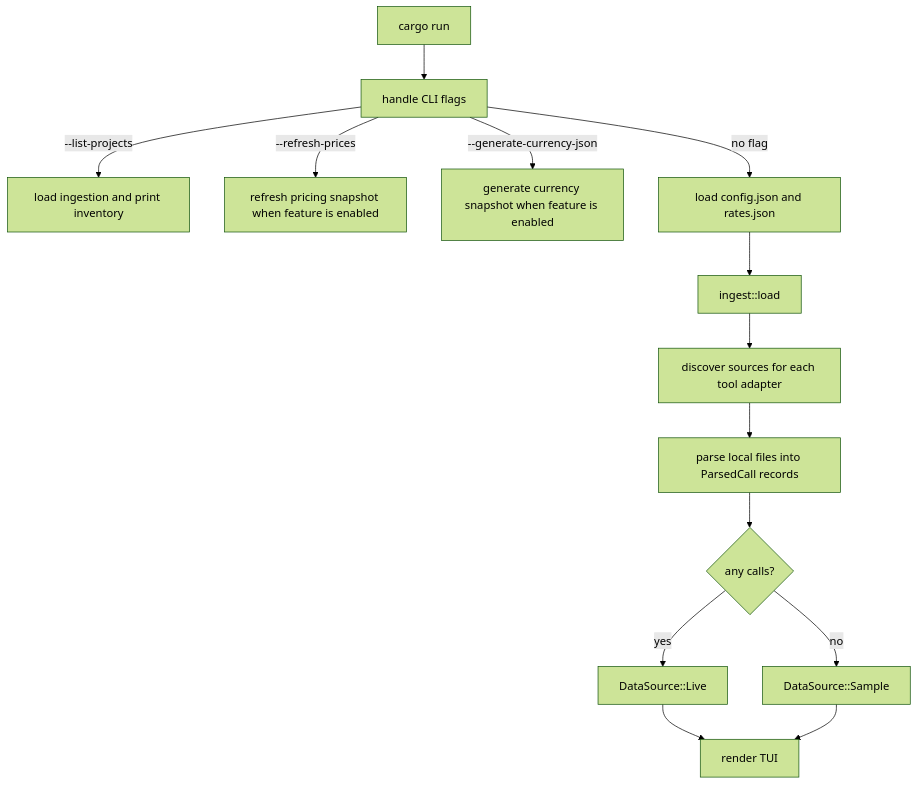
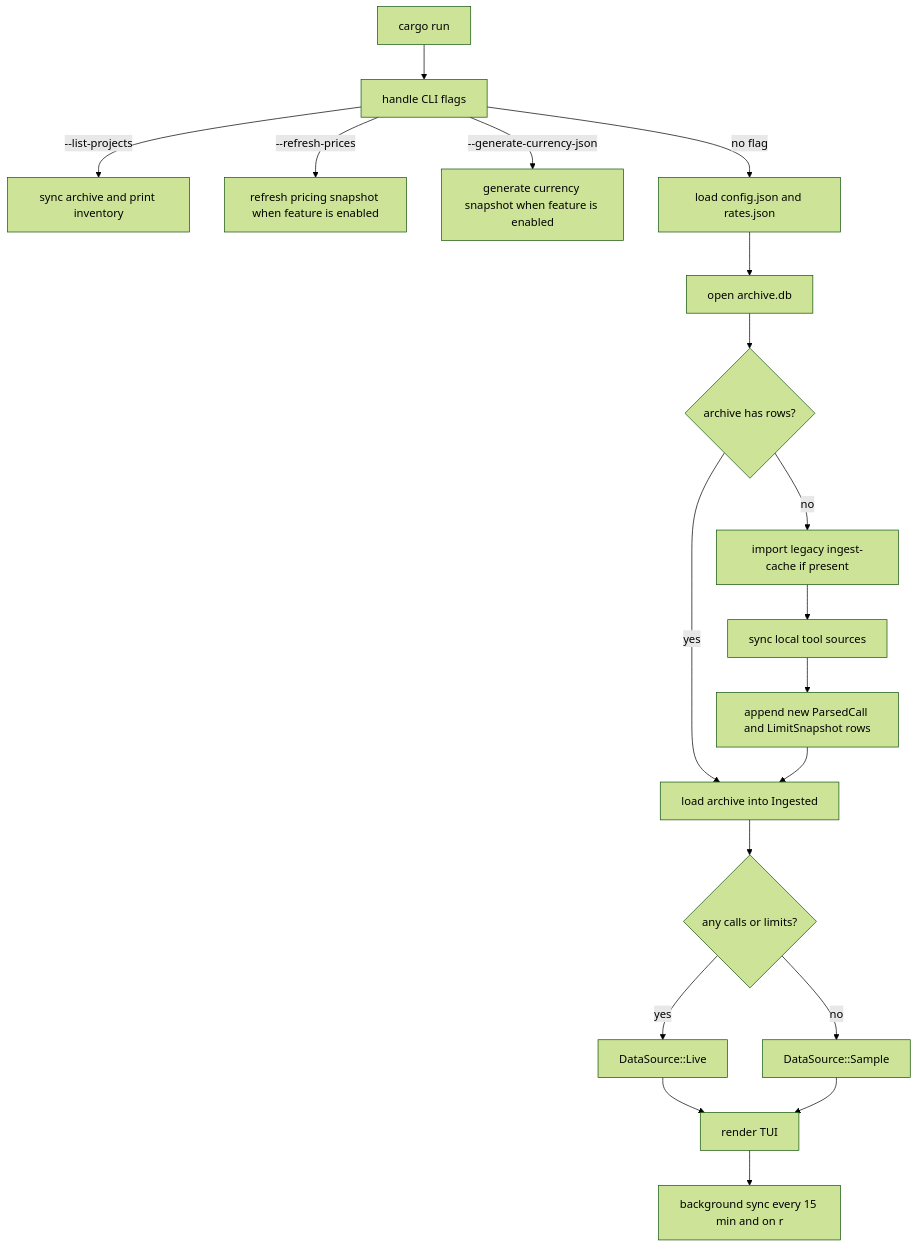
The first of 4 diagrams in docs/architecture.md (russmckendrick/tokenuse), drawn with Mermaid (forest theme) before and after one commit. The commit also changed other lines of this file and 17 other files, not shown here.

First line of the commit message:
✨ feat(archive): persist synced usage in a local sqlite archive

````diff
--- a/docs/architecture.md
+++ b/docs/architecture.md
@@ -7,16 +7,21 @@
 ```mermaid
 flowchart TD
     A[cargo run] --> B[handle CLI flags]
-    B -->|--list-projects| C[load ingestion and print inventory]
+    B -->|--list-projects| C[sync archive and print inventory]
     B -->|--refresh-prices| D[refresh pricing snapshot when feature is enabled]
     B -->|--generate-currency-json| L[generate currency snapshot when feature is enabled]
     B -->|no flag| M[load config.json and rates.json]
-    M --> E[ingest::load]
-    E --> F[discover sources for each tool adapter]
-    F --> G[parse local files into ParsedCall records]
-    G --> H{any calls?}
+    M --> N[open archive.db]
+    N --> O{archive has rows?}
+    O -->|yes| P[load archive into Ingested]
+    O -->|no| Q[import legacy ingest-cache if present]
+    Q --> R[sync local tool sources]
+    R --> S[append new ParsedCall and LimitSnapshot rows]
+    S --> P
+    P --> H{any calls or limits?}
     H -->|yes| I[DataSource::Live]
     H -->|no| J[DataSource::Sample]
     I --> K[render TUI]
     J --> K
+    K --> T[background sync every 15 min and on r]
 ```
````
